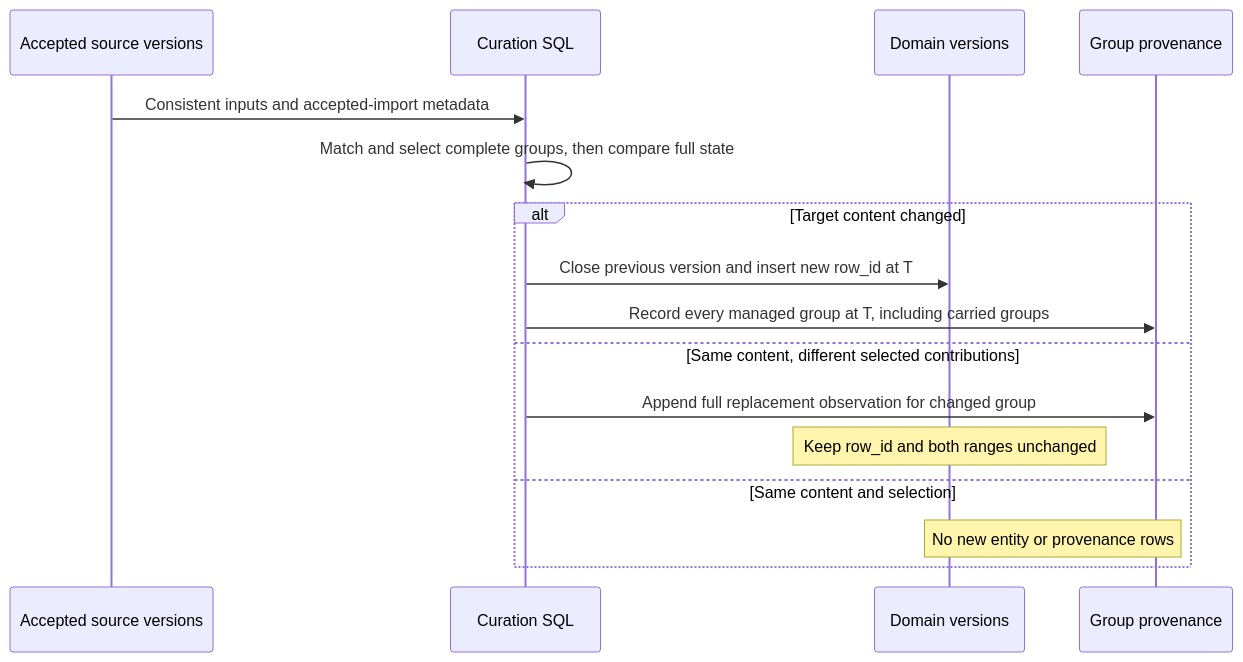
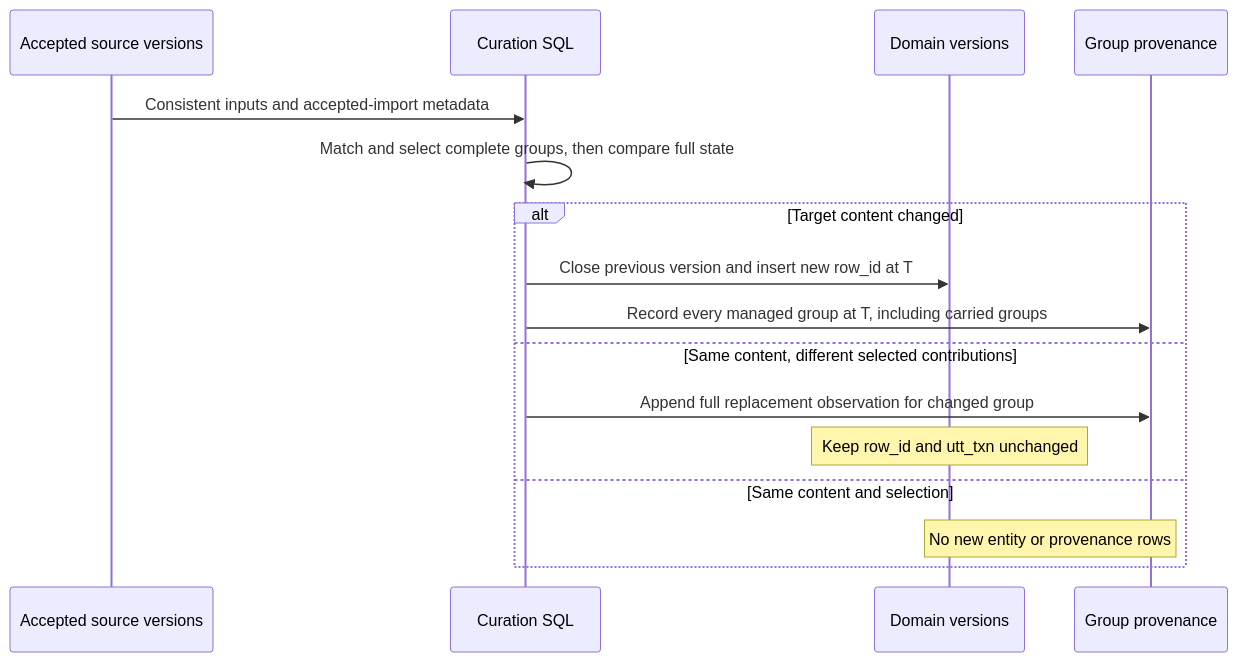
Before and after one commit to UdK-VPT/UrbanTwin-Toolbox: the second of 2 diagrams in docs/metadata_modelling_ver03.md, drawn with Mermaid. The commit also changed other lines of this file and 1 other file, not shown here.

````diff
--- a/docs/metadata_modelling_ver03.md
+++ b/docs/metadata_modelling_ver03.md
@@ -225,18 +222,18 @@
 ```mermaid
 sequenceDiagram
     participant S as Accepted source versions
     participant C as Curation SQL
     participant U as Domain versions
     participant P as Group provenance
     S->>C: Consistent inputs and accepted-import metadata
     C->>C: Match and select complete groups, then compare full state
     alt Target content changed
         C->>U: Close previous version and insert new row_id at T
         C->>P: Record every managed group at T, including carried groups
     else Same content, different selected contributions
         C->>P: Append full replacement observation for changed group
-        Note over U: Keep row_id and both ranges unchanged
+        Note over U: Keep row_id and utt_txn unchanged
     else Same content and selection
         Note over U,P: No new entity or provenance rows
     end
 ```
````
